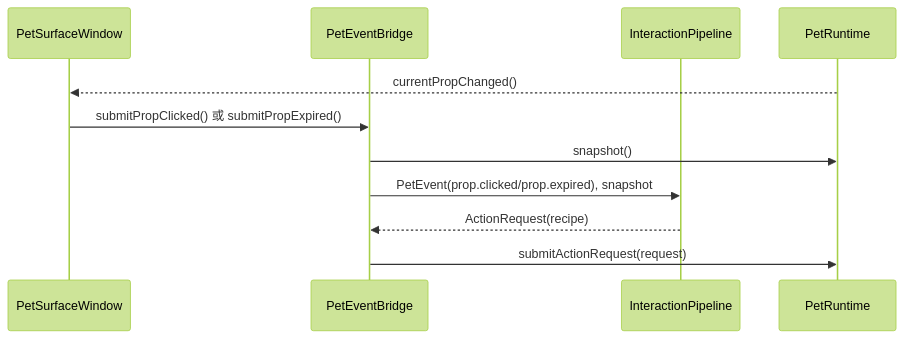
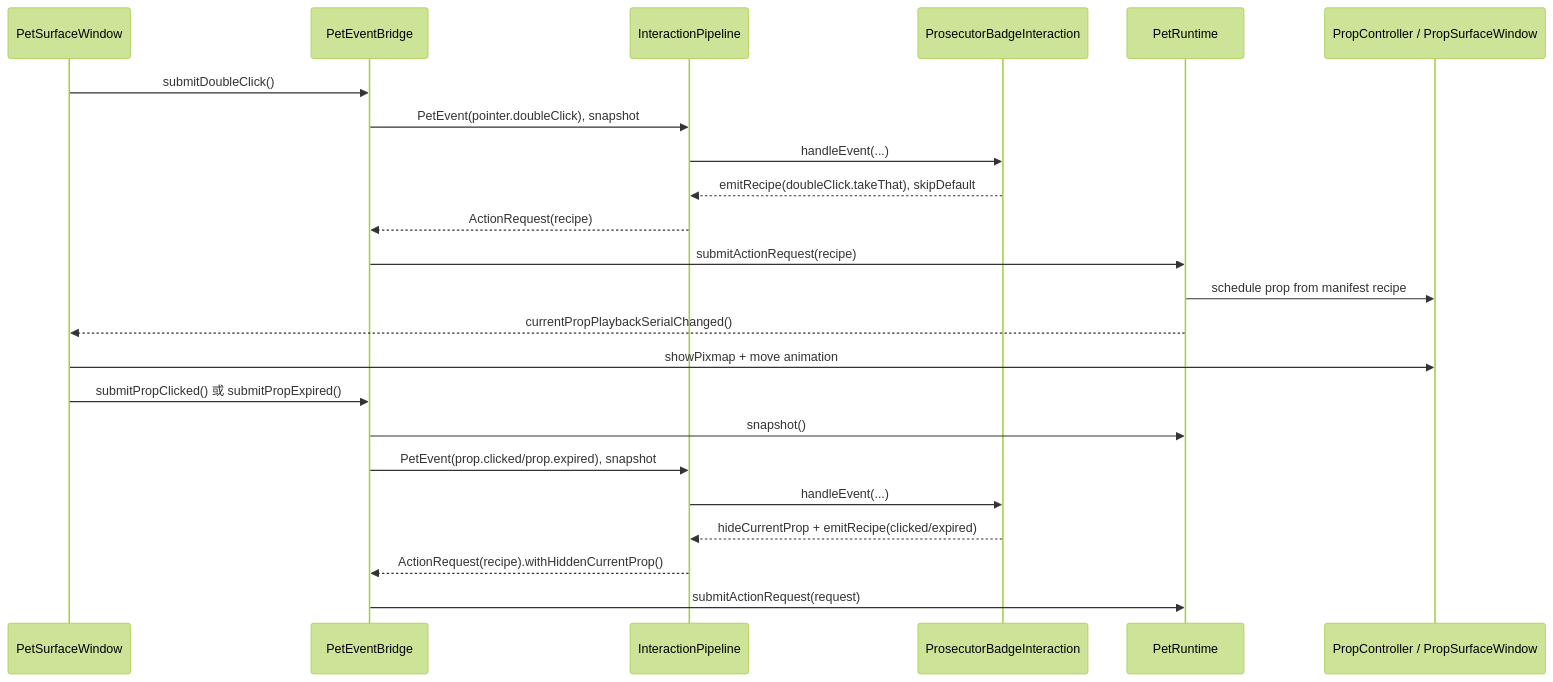
One commit to tiantian180/MilesEdgeworth changed the fifth of 6 diagrams in docs/v2/设计方案/桌宠运行时职责拆分设计.md. Above: the diagram before and after it, drawn with Mermaid (forest theme). The commit also changed other lines of this file and 2 other files, not shown here.

Commit message:
docs(architecture): refine phase one follow-up plans

````diff
--- a/docs/v2/设计方案/桌宠运行时职责拆分设计.md
+++ b/docs/v2/设计方案/桌宠运行时职责拆分设计.md
@@ -669,14 +712,26 @@
 ```mermaid
 sequenceDiagram
     participant Surface as PetSurfaceWindow
     participant Bridge as PetEventBridge
     participant Pipeline as InteractionPipeline
+    participant CI as ProsecutorBadgeInteraction
     participant Runtime as PetRuntime
+    participant Prop as PropController / PropSurfaceWindow
 
-    Runtime-->>Surface: currentPropChanged()
+    Surface->>Bridge: submitDoubleClick()
+    Bridge->>Pipeline: PetEvent(pointer.doubleClick), snapshot
+    Pipeline->>CI: handleEvent(...)
+    CI-->>Pipeline: emitRecipe(doubleClick.takeThat), skipDefault
+    Pipeline-->>Bridge: ActionRequest(recipe)
+    Bridge->>Runtime: submitActionRequest(recipe)
+    Runtime->>Prop: schedule prop from manifest recipe
+    Runtime-->>Surface: currentPropPlaybackSerialChanged()
+    Surface->>Prop: showPixmap + move animation
     Surface->>Bridge: submitPropClicked() 或 submitPropExpired()
     Bridge->>Runtime: snapshot()
     Bridge->>Pipeline: PetEvent(prop.clicked/prop.expired), snapshot
-    Pipeline-->>Bridge: ActionRequest(recipe)
+    Pipeline->>CI: handleEvent(...)
+    CI-->>Pipeline: hideCurrentProp + emitRecipe(clicked/expired)
+    Pipeline-->>Bridge: ActionRequest(recipe).withHiddenCurrentProp()
     Bridge->>Runtime: submitActionRequest(request)
 ```
````
